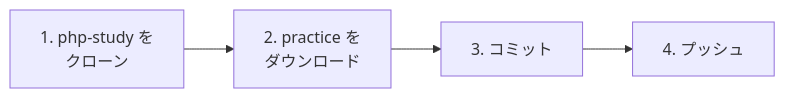
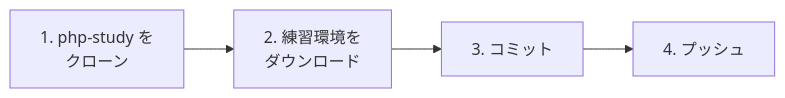
The first of 4 diagrams in docs/1年生_データ設計とアプリ開発/後期/20261008/20261008_資料_2.md (hakobunet/iica-koyama), drawn with Mermaid before and after one commit. The commit also changed other lines of this file and 6 other files, not shown here.

Commit message:
docs: 練習環境を practice フォルダではなく php-study 直下に置く手順に修正

````diff
--- a/docs/1年生_データ設計とアプリ開発/後期/20261008/20261008_資料_2.md
+++ b/docs/1年生_データ設計とアプリ開発/後期/20261008/20261008_資料_2.md
@@ -15,4 +15,4 @@
 ```mermaid
 graph LR
-    A[1. php-study を<br>クローン] --> B[2. practice を<br>ダウンロード] --> C[3. コミット] --> D[4. プッシュ]
+    A[1. php-study を<br>クローン] --> B[2. 練習環境を<br>ダウンロード] --> C[3. コミット] --> D[4. プッシュ]
 ```
````
